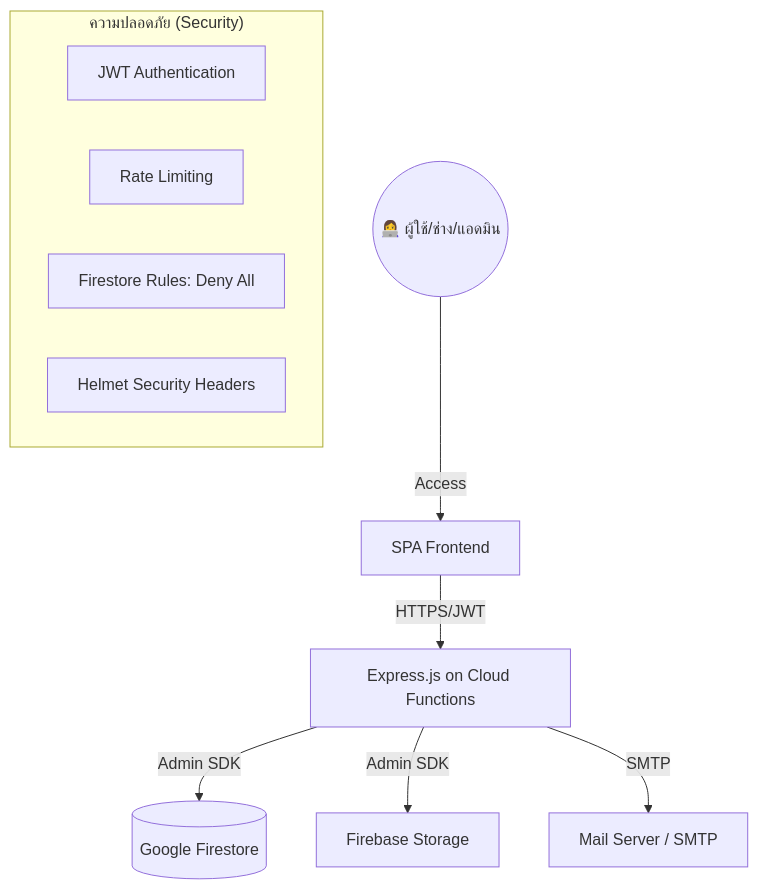
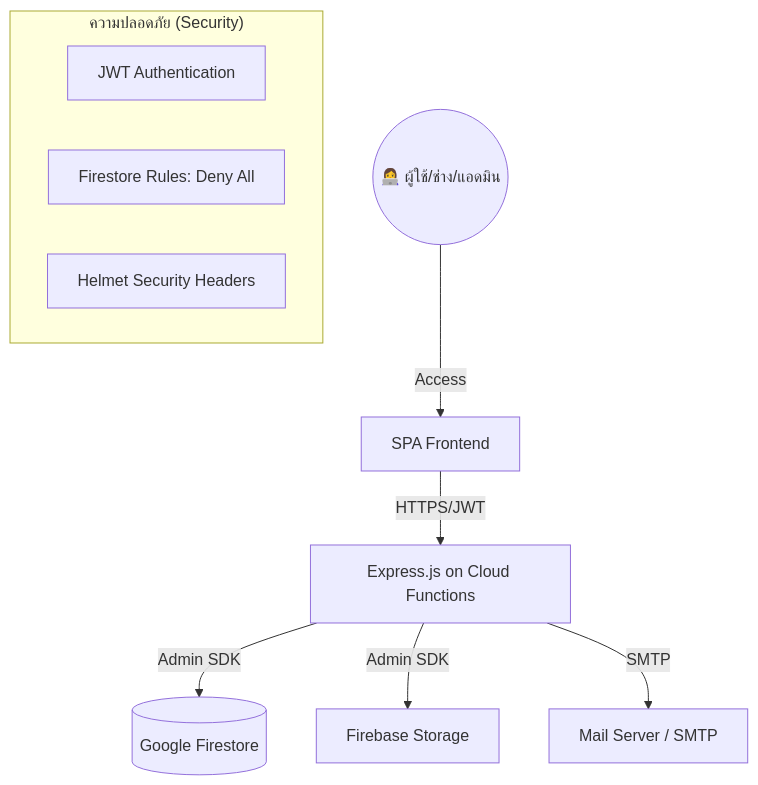
Before and after one commit to Warattayaaa/--website: the diagram in README.md, drawn with Mermaid. The commit also changed other lines of this file and 19 other files, not shown here.

````diff
--- a/README.md
+++ b/README.md
@@ -35,15 +35,14 @@
 ```mermaid
 graph TD
     User((👩‍💻 ผู้ใช้/ช่าง/แอดมิน)) -- Access --> Web[SPA Frontend]
     Web -- HTTPS/JWT --> API[Express.js on Cloud Functions]
     API -- Admin SDK --> DB[(Google Firestore)]
     API -- Admin SDK --> Storage[Firebase Storage]
     API -- SMTP --> Mail[Mail Server / SMTP]
     
     subgraph "ความปลอดภัย (Security)"
         Auth[JWT Authentication]
-        Rate[Rate Limiting]
         Rules[Firestore Rules: Deny All]
         Helm[Helmet Security Headers]
     end
 ```
````
